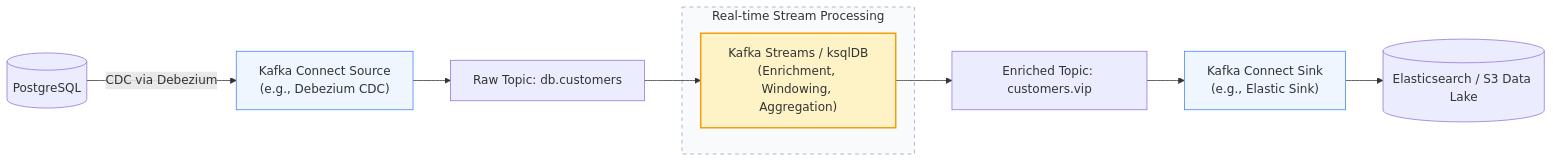
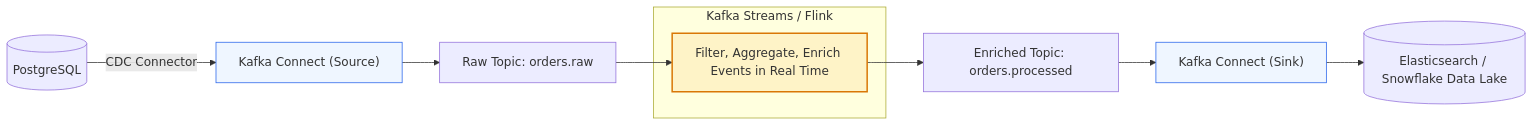
The fourth of 4 diagrams in 03-Apache-Kafka/04-KRaft-Schema-Registry-and-Streams.md (PandeyKishan/Study-Notes), drawn with Mermaid before and after one commit. The commit also changed other lines of this file and 20 other files, not shown here.

````diff
--- a/03-Apache-Kafka/04-KRaft-Schema-Registry-and-Streams.md
+++ b/03-Apache-Kafka/04-KRaft-Schema-Registry-and-Streams.md
@@ -137,20 +123,19 @@
 ```mermaid
 flowchart LR
-    DB[(PostgreSQL)] -->|CDC via Debezium| KC_In["Kafka Connect Source\n(e.g., Debezium CDC)"]
-    KC_In --> K1["Raw Topic: db.customers"]
+    DB[(PostgreSQL)] -->|CDC Connector| Source["Kafka Connect (Source)"]
+    Source --> Raw["Raw Topic: orders.raw"]
     
-    subgraph Stream_Processing["Real-time Stream Processing"]
-        KS["Kafka Streams / ksqlDB\n(Enrichment, Windowing, Aggregation)"]
+    subgraph Stream_Engine["Kafka Streams / Flink"]
+        KS["Filter, Aggregate, Enrich Events in Real Time"]
     end
     
-    K1 --> KS
-    KS --> K2["Enriched Topic: customers.vip"]
+    Raw --> KS
+    KS --> Enriched["Enriched Topic: orders.processed"]
     
-    K2 --> KC_Out["Kafka Connect Sink\n(e.g., Elastic Sink)"]
-    KC_Out --> Elastic[(Elasticsearch / S3 Data Lake)]
+    Enriched --> Sink["Kafka Connect (Sink)"]
+    Sink --> ES[(Elasticsearch / Snowflake Data Lake)]
 
-    style KS fill:#fef3c7,stroke:#f59e0b,stroke-width:2px
-    style KC_In fill:#eff6ff,stroke:#3b82f6,stroke-width:1px
-    style KC_Out fill:#eff6ff,stroke:#3b82f6,stroke-width:1px
-    style Stream_Processing fill:#f8fafc,stroke:#94a3b8,stroke-width:1px,stroke-dasharray: 5 5
+    style Source fill:#eff6ff,stroke:#2563eb,stroke-width:1px
+    style KS fill:#fef3c7,stroke:#d97706,stroke-width:2px
+    style Sink fill:#eff6ff,stroke:#2563eb,stroke-width:1px
 ```
````
